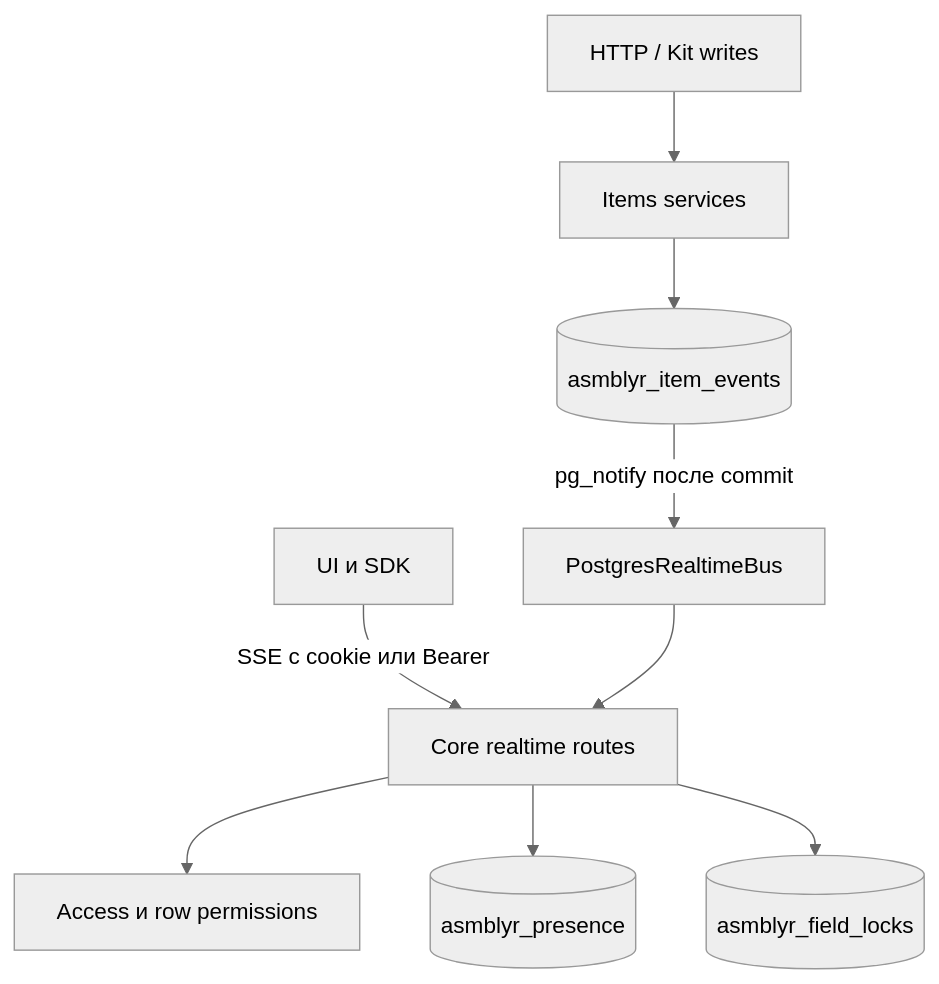
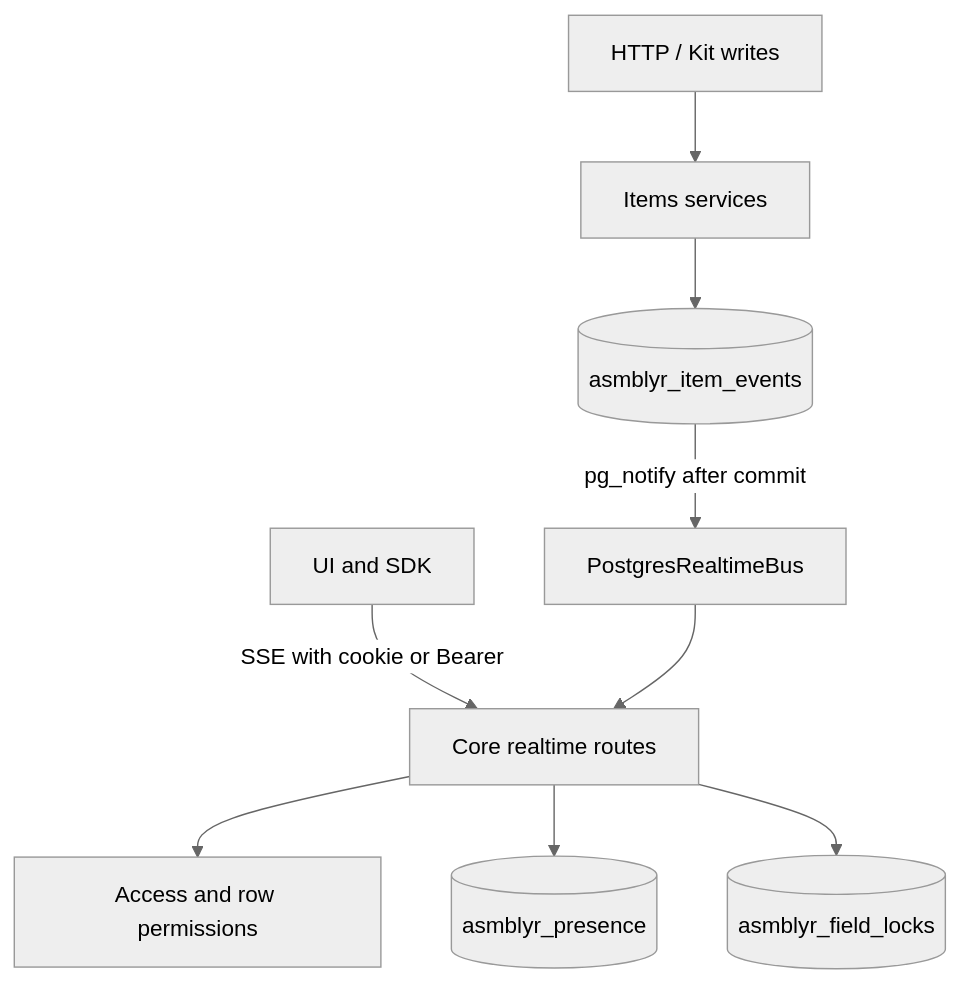
Before and after one commit to Asmblyr/Collaborative: the diagram in docs/architecture/realtime.md, drawn with Mermaid (neutral theme). The commit also changed other lines of this file and 147 other files, not shown here.

````diff
--- a/docs/architecture/realtime.md
+++ b/docs/architecture/realtime.md
@@ -7,11 +9,11 @@
 ```mermaid
 flowchart TD
-  UI[UI и SDK] -->|SSE с cookie или Bearer| Gateway[Core realtime routes]
-  Gateway --> Auth[Access и row permissions]
+  UI[UI and SDK] -->|SSE with cookie or Bearer| Gateway[Core realtime routes]
+  Gateway --> Auth[Access and row permissions]
   Gateway --> Presence[(asmblyr_presence)]
   Gateway --> Locks[(asmblyr_field_locks)]
   API[HTTP / Kit writes] --> Domain[Items services]
   Domain --> Events[(asmblyr_item_events)]
-  Events -->|pg_notify после commit| Bus[PostgresRealtimeBus]
+  Events -->|pg_notify after commit| Bus[PostgresRealtimeBus]
   Bus --> Gateway
 ```
````
